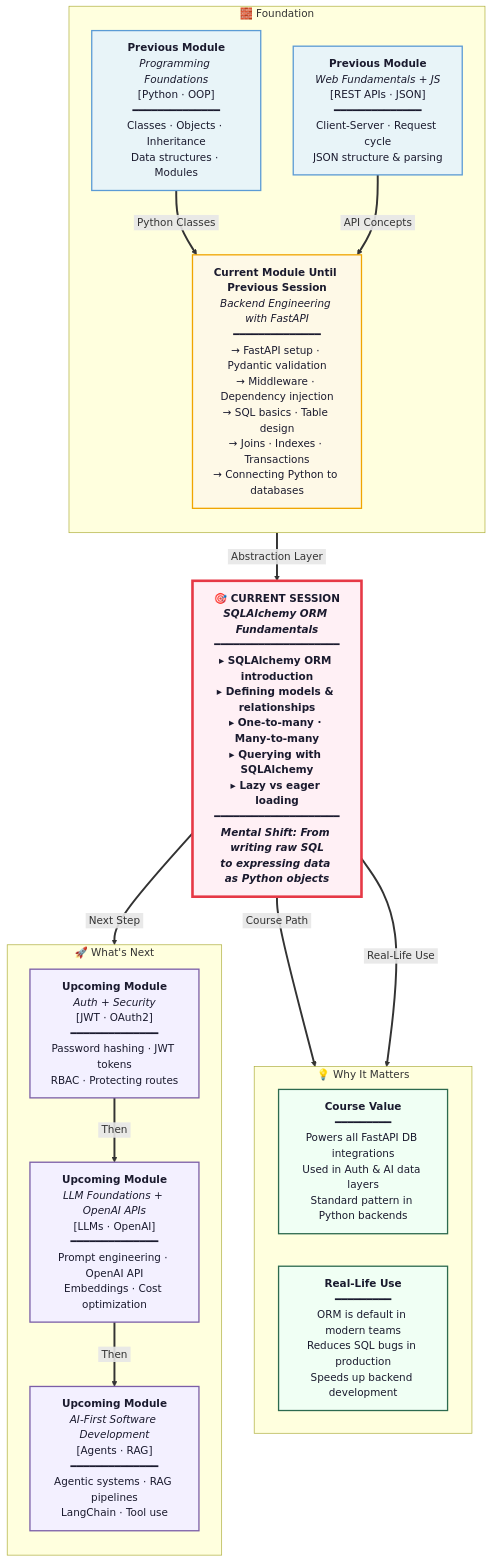
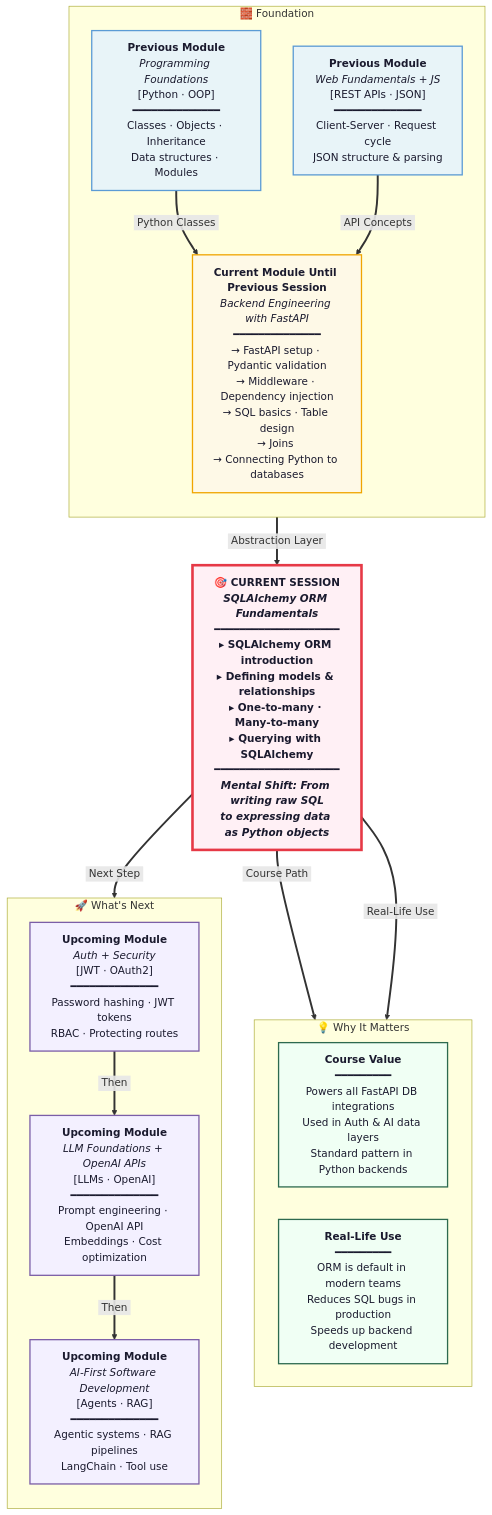
The diagram in mindmap -eict/SQLAlchemy.md (ayaznoori/IITP-SDAI), drawn with Mermaid before and after one commit.

````diff
--- a/mindmap -eict/SQLAlchemy.md
+++ b/mindmap -eict/SQLAlchemy.md
@@ -4,46 +4,46 @@
 ```mermaid
 flowchart TB
     classDef prevModule fill:#e8f4f8,stroke:#5b9bd5,stroke-width:2px,color:#1a1a2e
     classDef currentModulePrev fill:#fef9e7,stroke:#f0a500,stroke-width:2px,color:#1a1a2e
     classDef currentSession fill:#fff0f5,stroke:#e63946,stroke-width:4px,color:#1a1a2e,font-weight:bold
     classDef valueBox fill:#f0fff4,stroke:#2d6a4f,stroke-width:2px,color:#1a1a2e
     classDef futureModule fill:#f3f0ff,stroke:#7b5ea7,stroke-width:2px,color:#1a1a2e
 
     subgraph FOUNDATION["🧱 Foundation"]
         direction TB
         PM1["<b>Previous Module</b><br/><i>Programming Foundations</i><br/>[Python · OOP]<br/>━━━━━━━━━━━━━━<br/>Classes · Objects · Inheritance<br/>Data structures · Modules"]
         PM2["<b>Previous Module</b><br/><i>Web Fundamentals + JS</i><br/>[REST APIs · JSON]<br/>━━━━━━━━━━━━━━<br/>Client-Server · Request cycle<br/>JSON structure & parsing"]
-        CM_PREV["<b>Current Module Until Previous Session</b><br/><i>Backend Engineering with FastAPI</i><br/>━━━━━━━━━━━━━━<br/>→ FastAPI setup · Pydantic validation<br/>→ Middleware · Dependency injection<br/>→ SQL basics · Table design<br/>→ Joins · Indexes · Transactions<br/>→ Connecting Python to databases"]
+        CM_PREV["<b>Current Module Until Previous Session</b><br/><i>Backend Engineering with FastAPI</i><br/>━━━━━━━━━━━━━━<br/>→ FastAPI setup · Pydantic validation<br/>→ Middleware · Dependency injection<br/>→ SQL basics · Table design<br/>→ Joins <br/>→ Connecting Python to databases"]
     end
 
-    CS["🎯 <b>CURRENT SESSION</b><br/><i>SQLAlchemy ORM Fundamentals</i><br/>━━━━━━━━━━━━━━━━━━━━<br/>▸ SQLAlchemy ORM introduction<br/>▸ Defining models & relationships<br/>▸ One-to-many · Many-to-many<br/>▸ Querying with SQLAlchemy<br/>▸ Lazy vs eager loading<br/>━━━━━━━━━━━━━━━━━━━━<br/><i>Mental Shift: From writing raw SQL<br/>to expressing data as Python objects</i>"]
+    CS["🎯 <b>CURRENT SESSION</b><br/><i>SQLAlchemy ORM Fundamentals</i><br/>━━━━━━━━━━━━━━━━━━━━<br/>▸ SQLAlchemy ORM introduction<br/>▸ Defining models & relationships<br/>▸ One-to-many · Many-to-many<br/>▸ Querying with SQLAlchemy<br/>━━━━━━━━━━━━━━━━━━━━<br/><i>Mental Shift: From writing raw SQL<br/>to expressing data as Python objects</i>"]
 
     subgraph VALUE["💡 Why It Matters"]
         direction LR
         CV["<b>Course Value</b><br/>━━━━━━━━━<br/>Powers all FastAPI DB integrations<br/>Used in Auth & AI data layers<br/>Standard pattern in Python backends"]
         RV["<b>Real-Life Use</b><br/>━━━━━━━━━<br/>ORM is default in modern teams<br/>Reduces SQL bugs in production<br/>Speeds up backend development"]
     end
 
     subgraph FUTURE["🚀 What's Next"]
         direction TB
         FM1["<b>Upcoming Module</b><br/><i>Auth + Security</i><br/>[JWT · OAuth2]<br/>━━━━━━━━━━━━━━<br/>Password hashing · JWT tokens<br/>RBAC · Protecting routes"]
         FM2["<b>Upcoming Module</b><br/><i>LLM Foundations + OpenAI APIs</i><br/>[LLMs · OpenAI]<br/>━━━━━━━━━━━━━━<br/>Prompt engineering · OpenAI API<br/>Embeddings · Cost optimization"]
         FM3["<b>Upcoming Module</b><br/><i>AI-First Software Development</i><br/>[Agents · RAG]<br/>━━━━━━━━━━━━━━<br/>Agentic systems · RAG pipelines<br/>LangChain · Tool use"]
     end
 
     PM1 ==>|"&nbsp;Python Classes&nbsp;"| CM_PREV
     PM2 ==>|"&nbsp;API Concepts&nbsp;"| CM_PREV
     CM_PREV ==>|"&nbsp;Abstraction Layer&nbsp;"| CS
     CS ==>|"&nbsp;Course Path&nbsp;"| CV
     CS ==>|"&nbsp;Real-Life Use&nbsp;"| RV
     CS ==>|"&nbsp;Next Step&nbsp;"| FM1
     FM1 ==>|"&nbsp;Then&nbsp;"| FM2
     FM2 ==>|"&nbsp;Then&nbsp;"| FM3
 
     class PM1,PM2 prevModule
     class CM_PREV currentModulePrev
     class CS currentSession
     class CV,RV valueBox
     class FM1,FM2,FM3 futureModule
     linkStyle default stroke-width:3px
 ```
````
